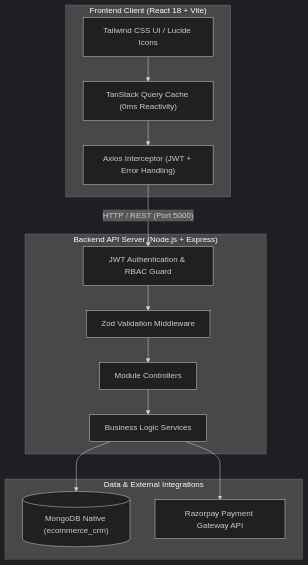
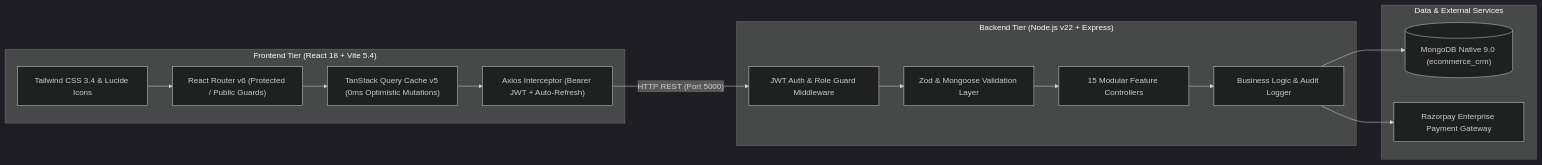
Before and after one commit to sanjaydinakaran29112004/Ecommerce-CRM: the second of 4 diagrams in PROJECT_REPORT.md, drawn with Mermaid (dark theme). The commit also changed other lines of this file and 3 other files, not shown here.

````diff
--- a/PROJECT_REPORT.md
+++ b/PROJECT_REPORT.md
@@ -68,26 +82,27 @@
 ```mermaid
-flowchart TD
-    subgraph Client["Frontend Client (React 18 + Vite)"]
-        UI["Tailwind CSS UI / Lucide Icons"]
-        RQ["TanStack Query Cache (0ms Reactivity)"]
-        Axios["Axios Interceptor (JWT + Error Handling)"]
+flowchart LR
+    subgraph Frontend["Frontend Tier (React 18 + Vite 5.4)"]
+        UI["Tailwind CSS 3.4 & Lucide Icons"]
+        Router["React Router v6 (Protected / Public Guards)"]
+        Query["TanStack Query Cache v5 (0ms Optimistic Mutations)"]
+        Axios["Axios Interceptor (Bearer JWT + Auto-Refresh)"]
+        UI --> Router --> Query --> Axios
     end
 
-    subgraph Server["Backend API Server (Node.js + Express)"]
-        AuthMid["JWT Authentication & RBAC Guard"]
-        ValMid["Zod Validation Middleware"]
-        Controllers["Module Controllers"]
-        Services["Business Logic Services"]
+    subgraph Backend["Backend Tier (Node.js v22 + Express)"]
+        AuthMid["JWT Auth & Role Guard Middleware"]
+        ValMid["Zod & Mongoose Validation Layer"]
+        Controllers["15 Modular Feature Controllers"]
+        Services["Business Logic & Audit Logger"]
+        AuthMid --> ValMid --> Controllers --> Services
     end
 
-    subgraph Database["Data & External Integrations"]
-        Mongo[("MongoDB Native (ecommerce_crm)")]
-        Rzp["Razorpay Payment Gateway API"]
+    subgraph Storage["Data & External Services"]
+        Mongo[("MongoDB Native 9.0 (ecommerce_crm)")]
+        RzpAPI["Razorpay Enterprise Payment Gateway"]
+        Services --> Mongo
+        Services --> RzpAPI
     end
 
-    UI --> RQ --> Axios
-    Axios -- "HTTP / REST (Port 5000)" --> AuthMid
-    AuthMid --> ValMid --> Controllers --> Services
-    Services --> Mongo
-    Services --> Rzp
+    Axios -- "HTTP REST (Port 5000)" --> AuthMid
 ```
````
